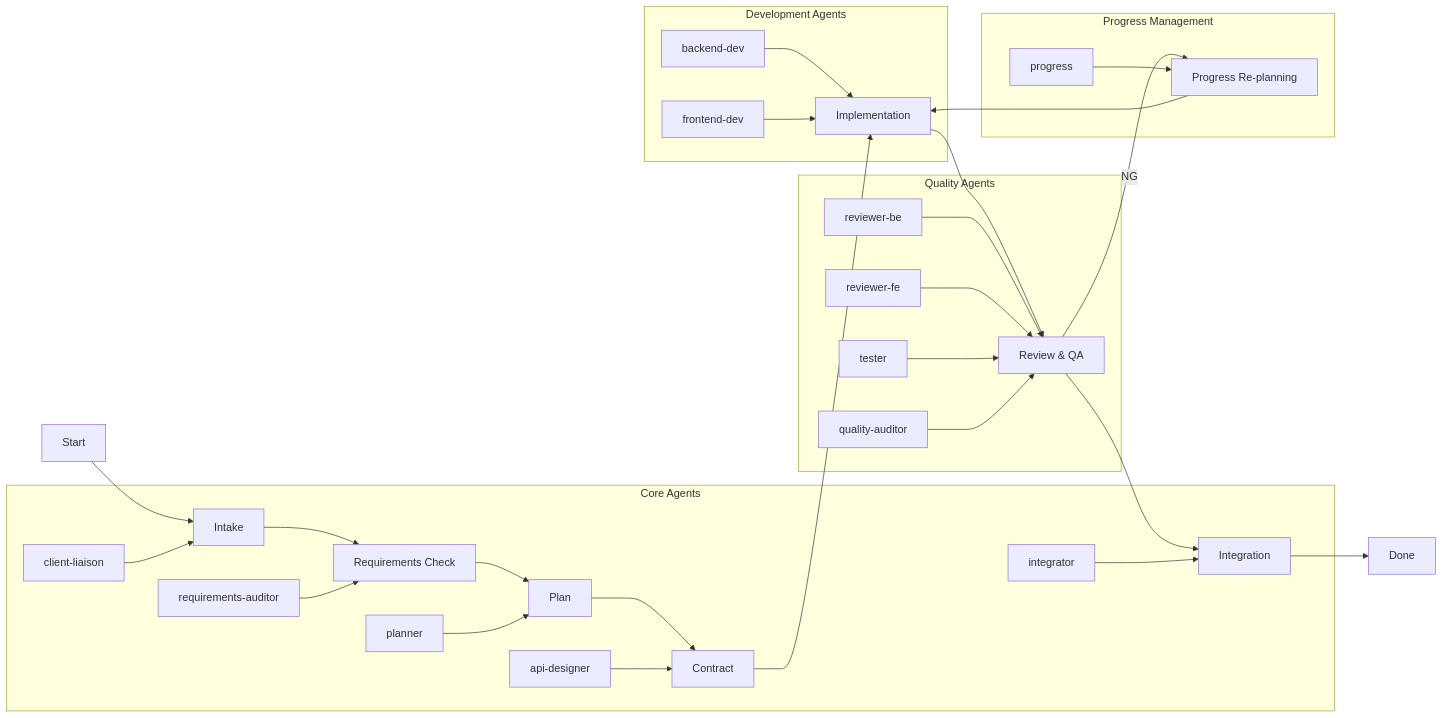
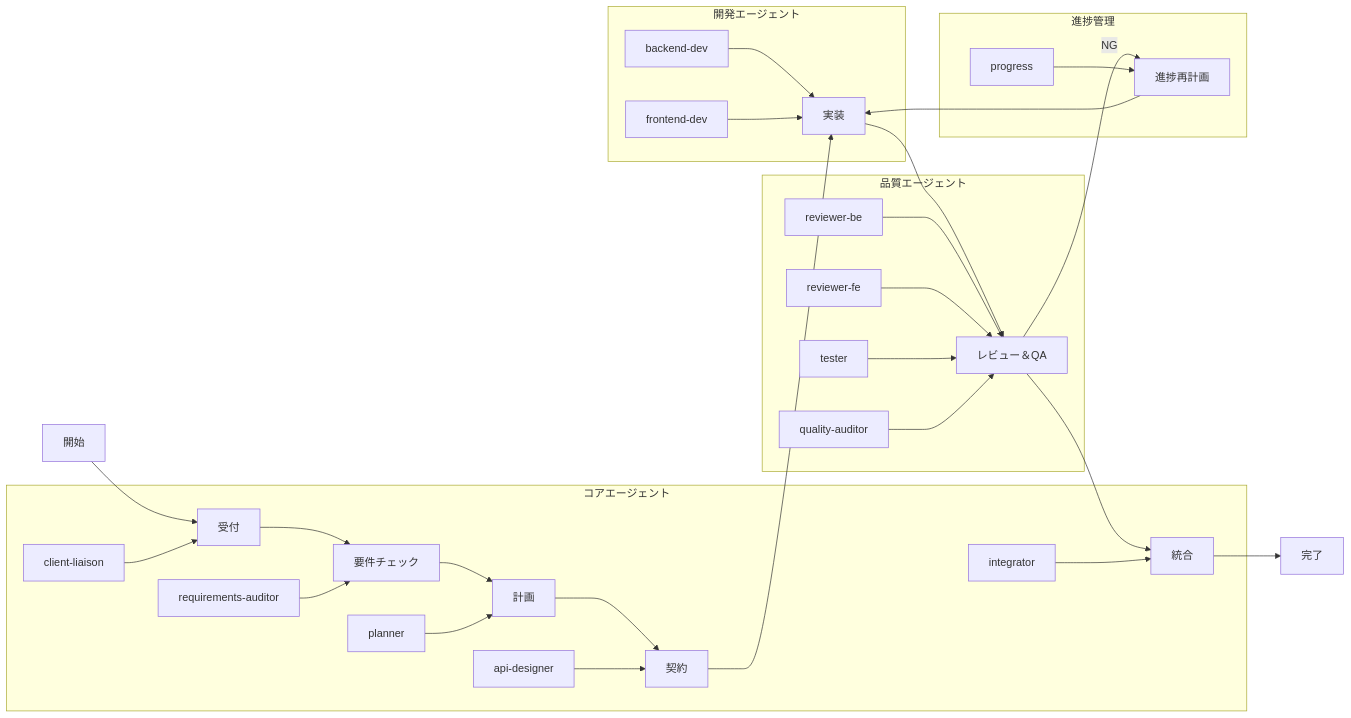
The diagram in mermaid/workflow_execution.md (sumikof/agent-delegator), drawn with Mermaid before and after one commit. The commit also changed other lines of this file and 8 other files, not shown here.

````diff
--- a/mermaid/workflow_execution.md
+++ b/mermaid/workflow_execution.md
@@ -3,38 +3,38 @@
 ```mermaid
 graph LR
-    A[Start] --> B[Intake]
-    B --> C[Requirements Check]
-    C --> D[Plan]
-    D --> E[Contract]
-    E --> F[Implementation]
-    F --> G[Review & QA]
-    G --> H[Integration]
-    H --> I[Done]
+    A[開始] --> B[受付]
+    B --> C[要件チェック]
+    C --> D[計画]
+    D --> E[契約]
+    E --> F[実装]
+    F --> G[レビュー＆QA]
+    G --> H[統合]
+    H --> I[完了]
     
-    G -->|NG| J[Progress Re-planning]
+    G -->|NG| J[進捗再計画]
     J --> F
     
-    subgraph "Core Agents"
+    subgraph "コアエージェント"
     B1[client-liaison] --> B
     C1[requirements-auditor] --> C
     D1[planner] --> D
     E1[api-designer] --> E
     H1[integrator] --> H
     end
     
-    subgraph "Development Agents"
+    subgraph "開発エージェント"
     F1[backend-dev] --> F
     F2[frontend-dev] --> F
     end
     
-    subgraph "Quality Agents"
+    subgraph "品質エージェント"
     G1[reviewer-be] --> G
     G2[reviewer-fe] --> G
     G3[tester] --> G
     G4[quality-auditor] --> G
     end
     
-    subgraph "Progress Management"
+    subgraph "進捗管理"
     J1[progress] --> J
     end
 ```
````
